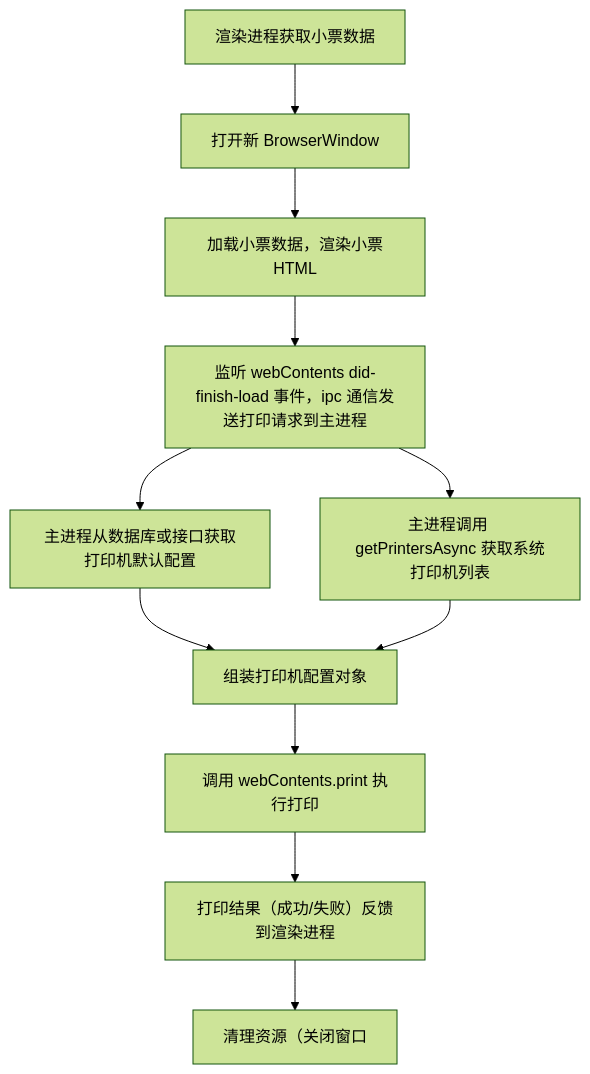
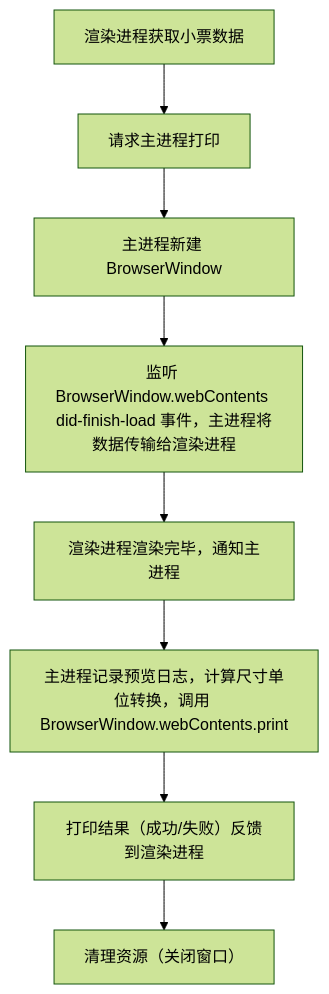
One commit to hahazexia/knowledge-system changed the diagram in src/electron/print.md. Above: the diagram before and after it, drawn with Mermaid (forest theme). The commit also changed other lines of this file, not shown here.

````diff
--- a/src/electron/print.md
+++ b/src/electron/print.md
@@ -10,14 +11,10 @@
-    ```mermaid
-      flowchart TD
-      A[渲染进程获取小票数据] --> B[打开新 BrowserWindow ]
-      B --> C[加载小票数据，渲染小票HTML]
-      C --> D[监听 webContents did-finish-load 事件，ipc 通信发送打印请求到主进程]
-      D --> E1[主进程从数据库或接口获取打印机默认配置]
-      D --> E2[主进程调用 getPrintersAsync 获取系统打印机列表]
-      E1 --> F[组装打印机配置对象]
-      E2 --> F[组装打印机配置对象]
-      F --> G[调用 webContents.print 执行打印]
-      G --> H[打印结果（成功/失败）反馈到渲染进程]
-      H --> I[清理资源（关闭窗口]
-
-    ```
+  ```mermaid
+    flowchart TD
+    A[渲染进程获取小票数据] --> B[请求主进程打印 ]
+    B --> C[主进程新建 BrowserWindow ]
+    C --> D[监听 BrowserWindow.webContents did-finish-load 事件，主进程将数据传输给渲染进程]
+    D --> E[渲染进程渲染完毕，通知主进程]
+    E --> F[主进程记录预览日志，计算尺寸单位转换，调用 BrowserWindow.webContents.print]
+    F --> G[打印结果（成功/失败）反馈到渲染进程]
+    G --> H[清理资源（关闭窗口）]
+  ```
````
